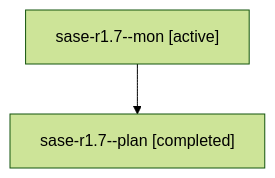
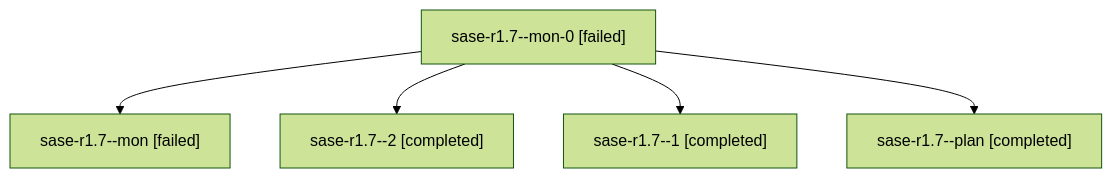
The diagram in families/bbugyi200.athena.sase-r1.7.md (sase-org/sase--agents), drawn with Mermaid (forest theme) before and after one commit. The commit also changed other lines of this file and 109 other files, not shown here.

````diff
--- a/families/bbugyi200.athena.sase-r1.7.md
+++ b/families/bbugyi200.athena.sase-r1.7.md
@@ -9,6 +9,12 @@
 ```mermaid
 flowchart TD
-  n0["sase-r1.7--mon [active]"]
-  n1["sase-r1.7--plan [completed]"]
+  n0["sase-r1.7--mon-0 [failed]"]
+  n1["sase-r1.7--mon [failed]"]
   n0 --> n1
+  n2["sase-r1.7--2 [completed]"]
+  n0 --> n2
+  n3["sase-r1.7--1 [completed]"]
+  n0 --> n3
+  n4["sase-r1.7--plan [completed]"]
+  n0 --> n4
 ```
````
